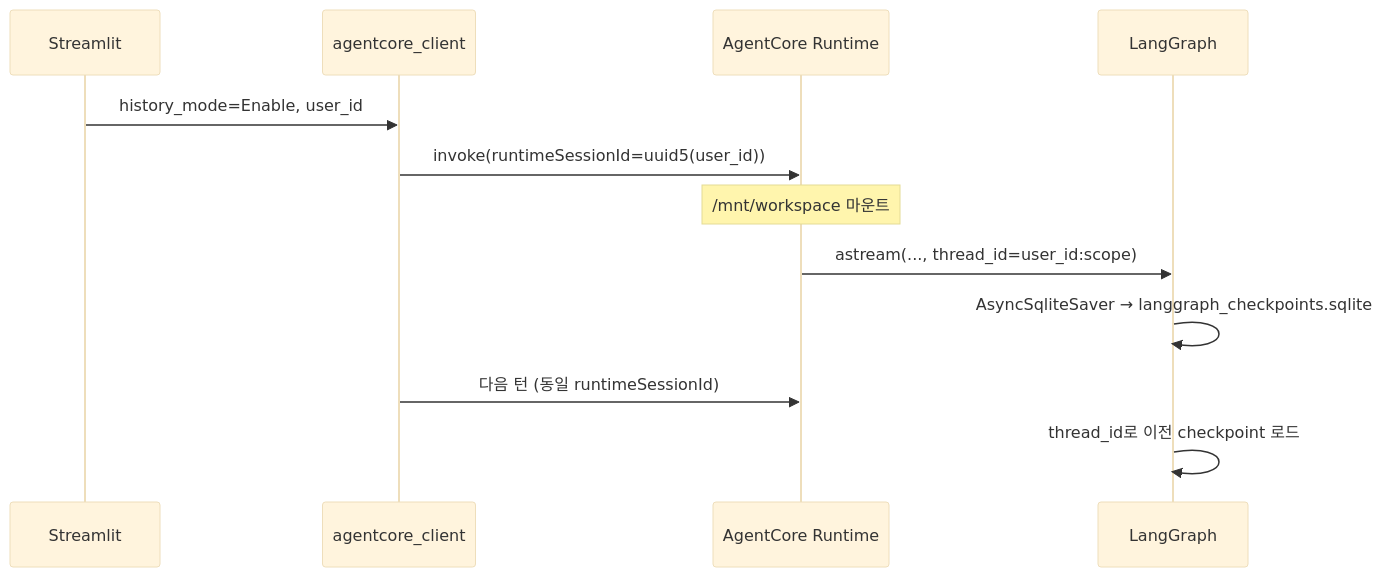
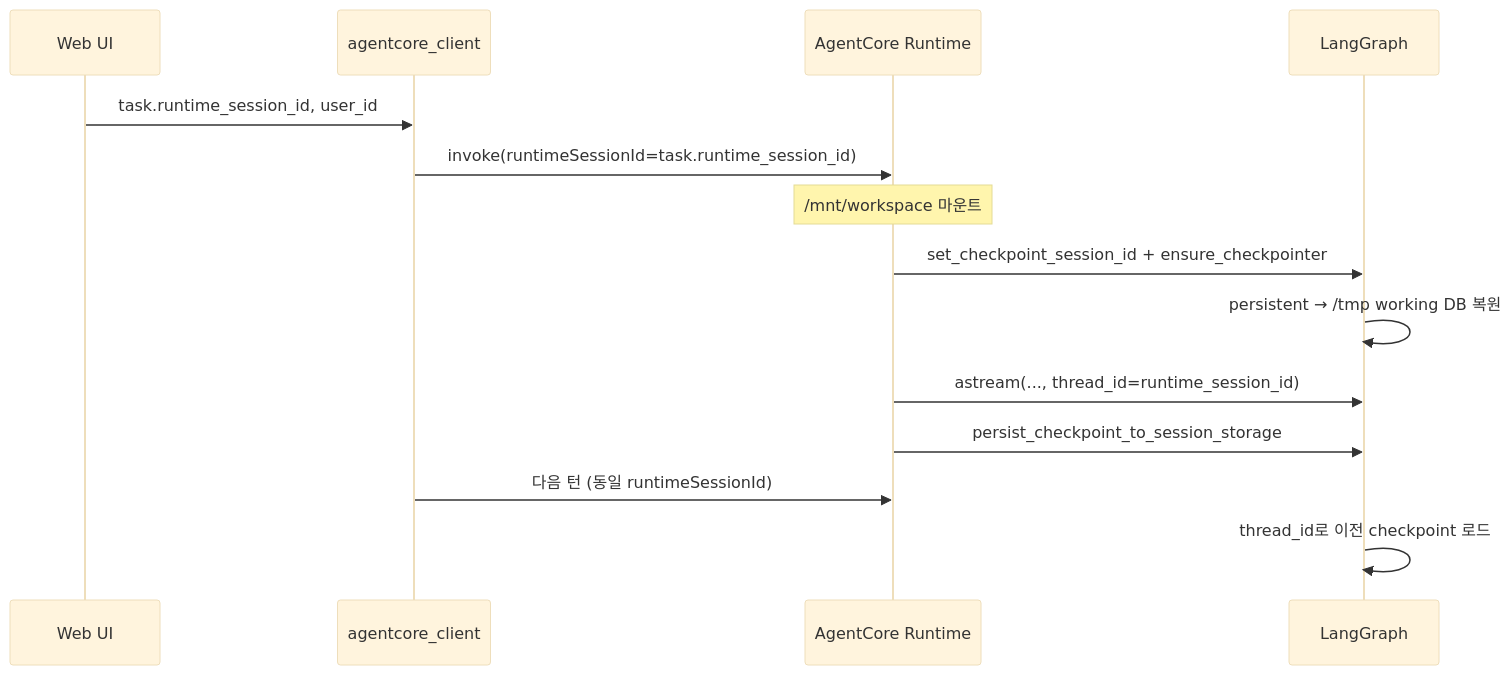
Before and after one commit to kyopark2014/power-runtime: the second of 4 diagrams in README.md, drawn with Mermaid (base theme). The commit also changed other lines of this file and 45 other files, not shown here.

````diff
--- a/README.md
+++ b/README.md
@@ -639,15 +721,17 @@
 ```mermaid
 sequenceDiagram
-    participant UI as Streamlit
+    participant UI as Web UI
     participant Client as agentcore_client
     participant AC as AgentCore Runtime
     participant LG as LangGraph
 
-    UI->>Client: history_mode=Enable, user_id
-    Client->>AC: invoke(runtimeSessionId=uuid5(user_id))
+    UI->>Client: task.runtime_session_id, user_id
+    Client->>AC: invoke(runtimeSessionId=task.runtime_session_id)
     Note over AC: /mnt/workspace 마운트
-    AC->>LG: astream(..., thread_id=user_id:scope)
-    LG->>LG: AsyncSqliteSaver → langgraph_checkpoints.sqlite
+    AC->>LG: set_checkpoint_session_id + ensure_checkpointer
+    LG->>LG: persistent → /tmp working DB 복원
+    AC->>LG: astream(..., thread_id=runtime_session_id)
+    AC->>LG: persist_checkpoint_to_session_storage
     Client->>AC: 다음 턴 (동일 runtimeSessionId)
     LG->>LG: thread_id로 이전 checkpoint 로드
 ```
````
